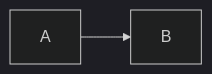
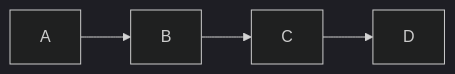
Diagram 39 of 45 in docs/diagrams-and-syntax-and-examples/flowchart.md (mermaid-js/mermaid), drawn with Mermaid (dark theme) before and after one commit. The commit also changed other lines of this file and 7 other files, not shown here.

````diff
--- a/docs/diagrams-and-syntax-and-examples/flowchart.md
+++ b/docs/diagrams-and-syntax-and-examples/flowchart.md
@@ -629,6 +634,10 @@
 ```mermaid
 graph LR
     A-->B;
-    click A call callback() "Tooltip"
-    click B href "http://www.github.com" "This is a link"
+    B-->C;
+    C-->D;
+    click A callback "Tooltip"
+    click B "http://www.github.com" "This is a link"
+    click C call callback() "Tooltip"
+    click D href "http://www.github.com" "This is a link"
 ```
````
